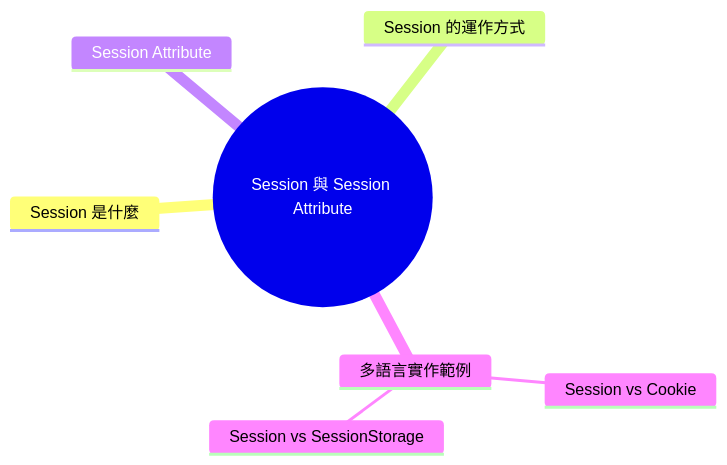
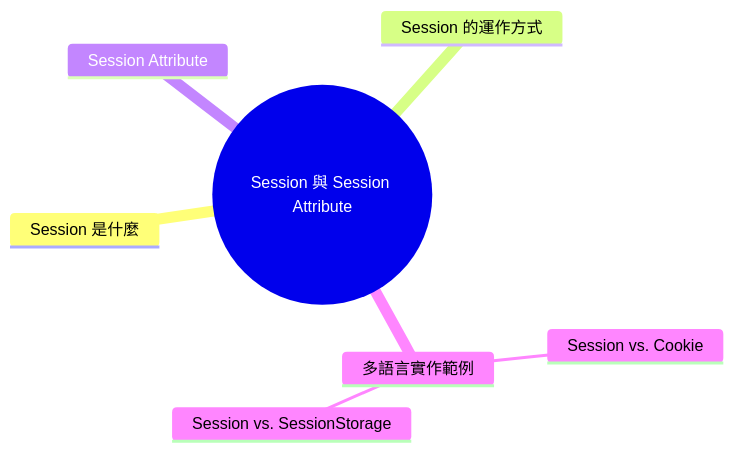
Before and after one commit to Charmying/blog: the diagram in src/posts/zh-TW/web-session-attribute.mdx, drawn with Mermaid. The commit also changed other lines of this file and 40 other files, not shown here.

````diff
--- a/src/posts/zh-TW/web-session-attribute.mdx
+++ b/src/posts/zh-TW/web-session-attribute.mdx
@@ -14,10 +14,10 @@
 ```mermaid
 mindmap
     root((Session 與 Session Attribute))
         Session 是什麼
         Session 的運作方式
         Session Attribute
         多語言實作範例
-            Session vs Cookie
-            Session vs SessionStorage
+            Session vs. Cookie
+            Session vs. SessionStorage
 ```
````
